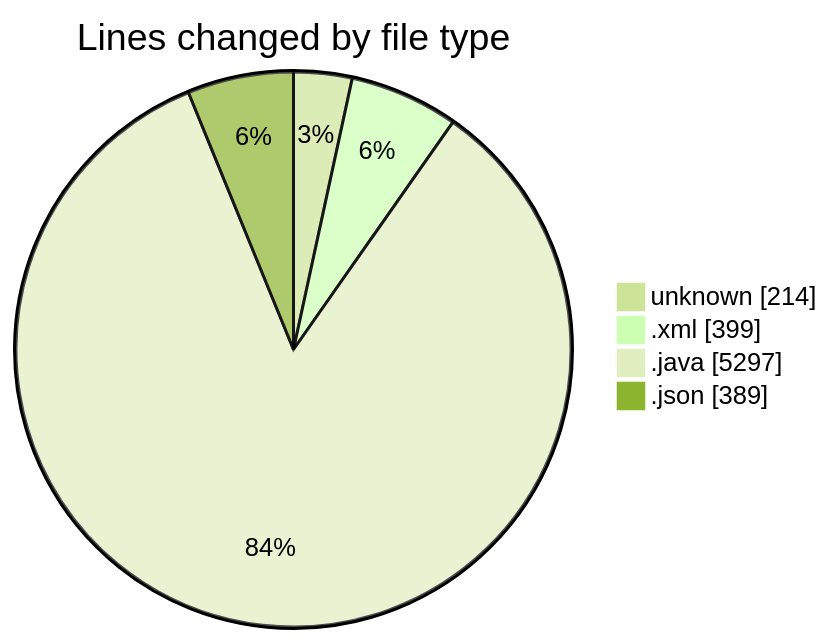
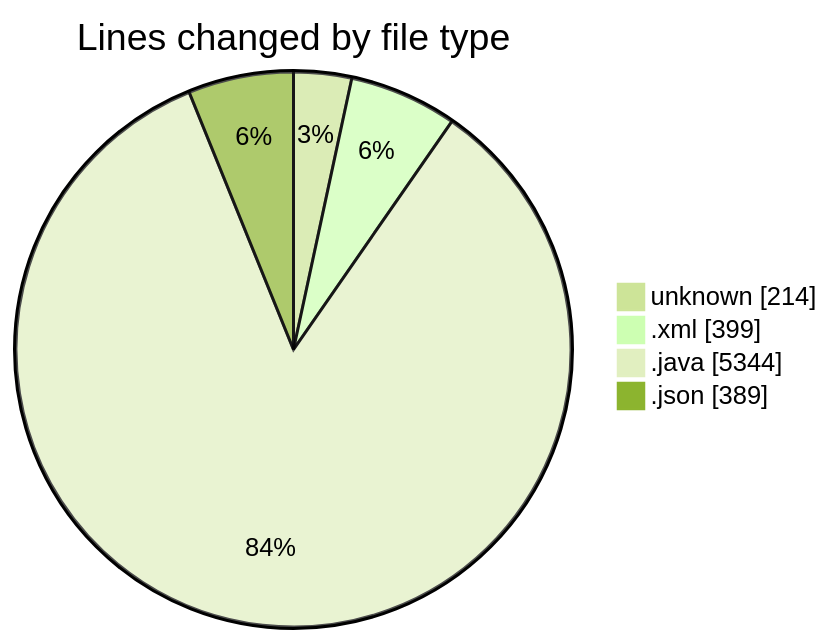
One commit to charlie-sans/code-tracking changed the first of 2 diagrams in 2025-02-24/micros/README.md. Above: the diagram before and after it, drawn with Mermaid (forest theme). The commit also changed other lines of this file and 1 other file, not shown here.

````diff
--- a/2025-02-24/micros/README.md
+++ b/2025-02-24/micros/README.md
@@ -37,8 +37,8 @@
 ```mermaid
 pie showData
 title Lines changed by file type
 "unknown" : 214
 ".xml" : 399
-".java" : 5297
+".java" : 5344
 ".json" : 389
 ```
````
